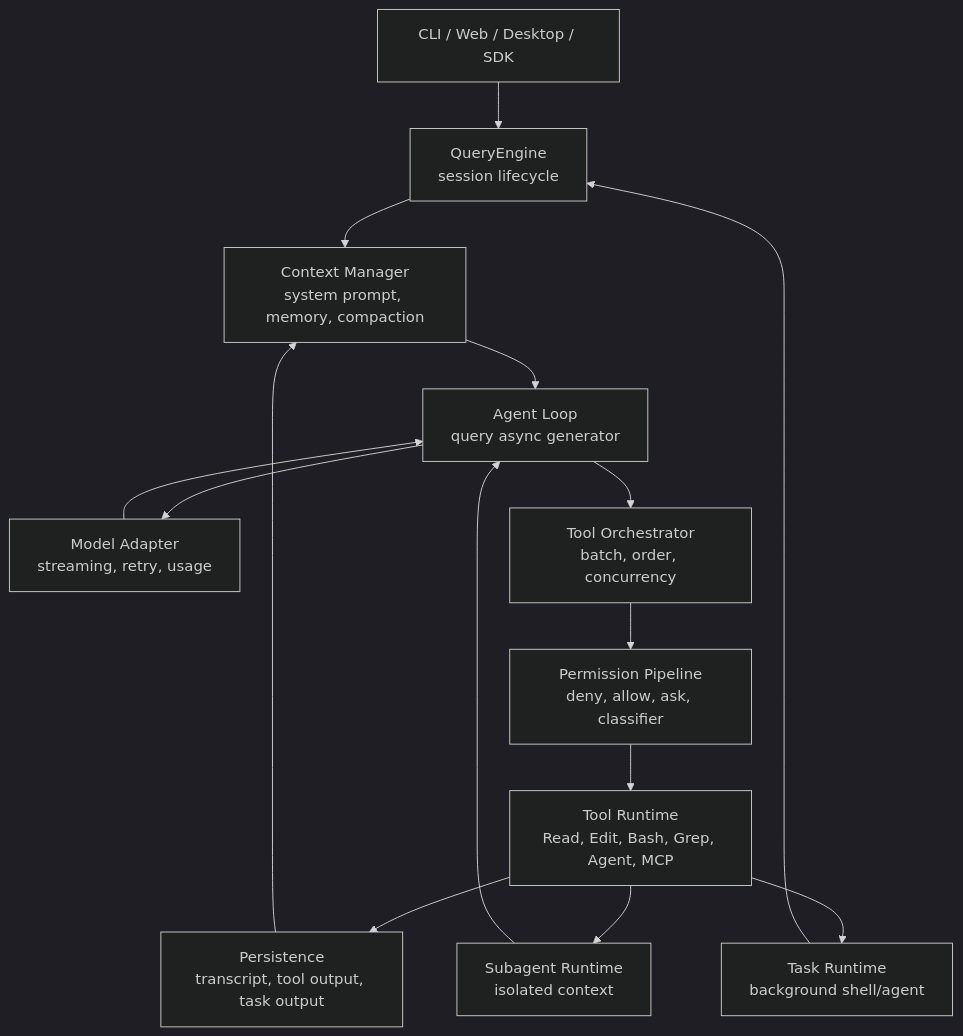
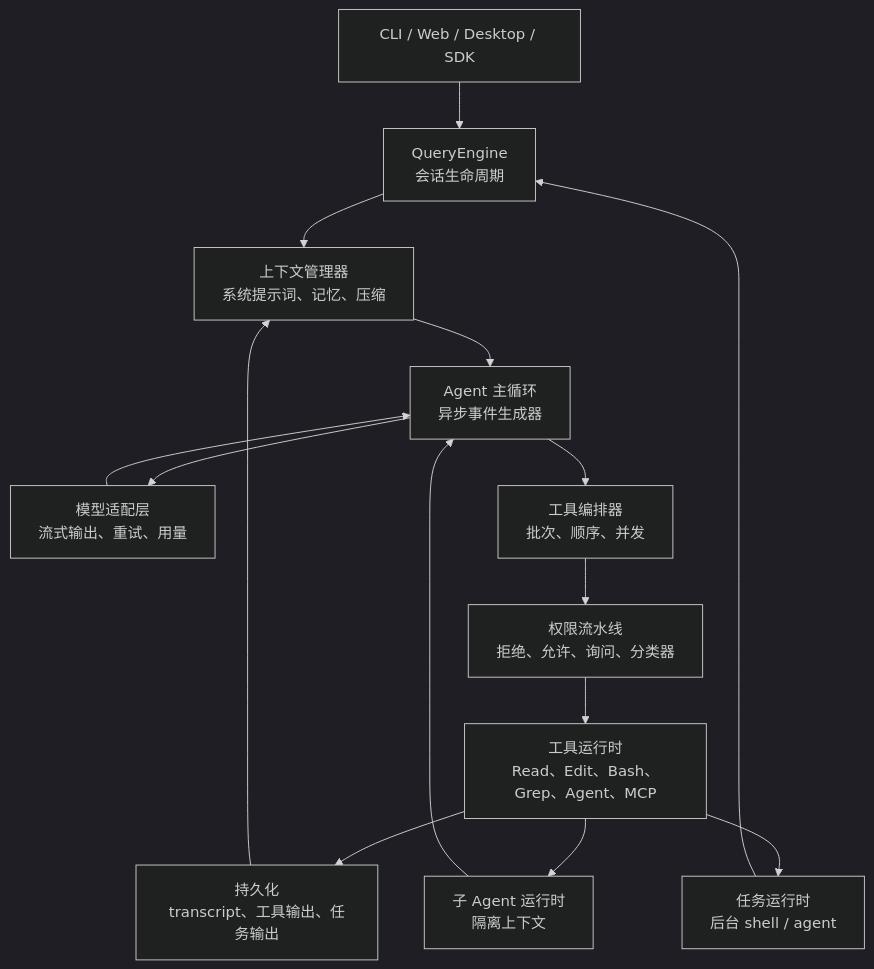
Before and after one commit to 520skyincloud/agent-framework: the diagram in docs/00-read-me-first.md, drawn with Mermaid (dark theme). The commit also changed other lines of this file and 51 other files, not shown here.

````diff
--- a/docs/00-read-me-first.md
+++ b/docs/00-read-me-first.md
@@ -238,17 +167,17 @@
 ```mermaid
 flowchart TD
-  UI["CLI / Web / Desktop / SDK"] --> QE["QueryEngine<br/>session lifecycle"]
-  QE --> CTX["Context Manager<br/>system prompt, memory, compaction"]
-  CTX --> LOOP["Agent Loop<br/>query async generator"]
-  LOOP --> MODEL["Model Adapter<br/>streaming, retry, usage"]
+  UI["CLI / Web / Desktop / SDK"] --> QE["QueryEngine<br/>会话生命周期"]
+  QE --> CTX["上下文管理器<br/>系统提示词、记忆、压缩"]
+  CTX --> LOOP["Agent 主循环<br/>异步事件生成器"]
+  LOOP --> MODEL["模型适配层<br/>流式输出、重试、用量"]
   MODEL --> LOOP
-  LOOP --> ORCH["Tool Orchestrator<br/>batch, order, concurrency"]
-  ORCH --> PERM["Permission Pipeline<br/>deny, allow, ask, classifier"]
-  PERM --> TOOLS["Tool Runtime<br/>Read, Edit, Bash, Grep, Agent, MCP"]
-  TOOLS --> STORE["Persistence<br/>transcript, tool output, task output"]
+  LOOP --> ORCH["工具编排器<br/>批次、顺序、并发"]
+  ORCH --> PERM["权限流水线<br/>拒绝、允许、询问、分类器"]
+  PERM --> TOOLS["工具运行时<br/>Read、Edit、Bash、Grep、Agent、MCP"]
+  TOOLS --> STORE["持久化<br/>transcript、工具输出、任务输出"]
   STORE --> CTX
-  TOOLS --> TASKS["Task Runtime<br/>background shell/agent"]
-  TOOLS --> SUB["Subagent Runtime<br/>isolated context"]
+  TOOLS --> TASKS["任务运行时<br/>后台 shell / agent"]
+  TOOLS --> SUB["子 Agent 运行时<br/>隔离上下文"]
   SUB --> LOOP
   TASKS --> QE
 ```
````
